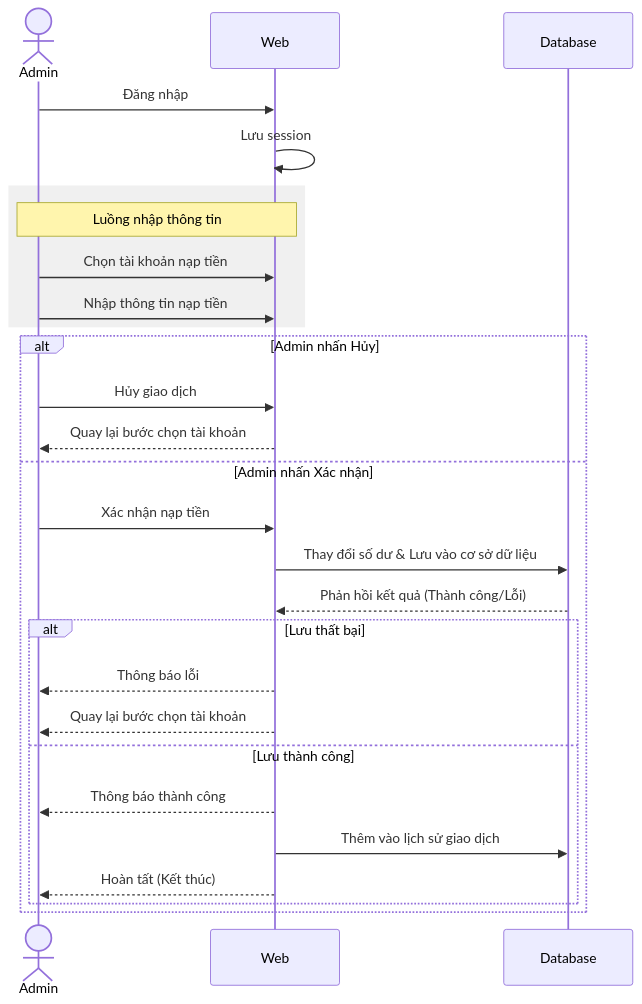
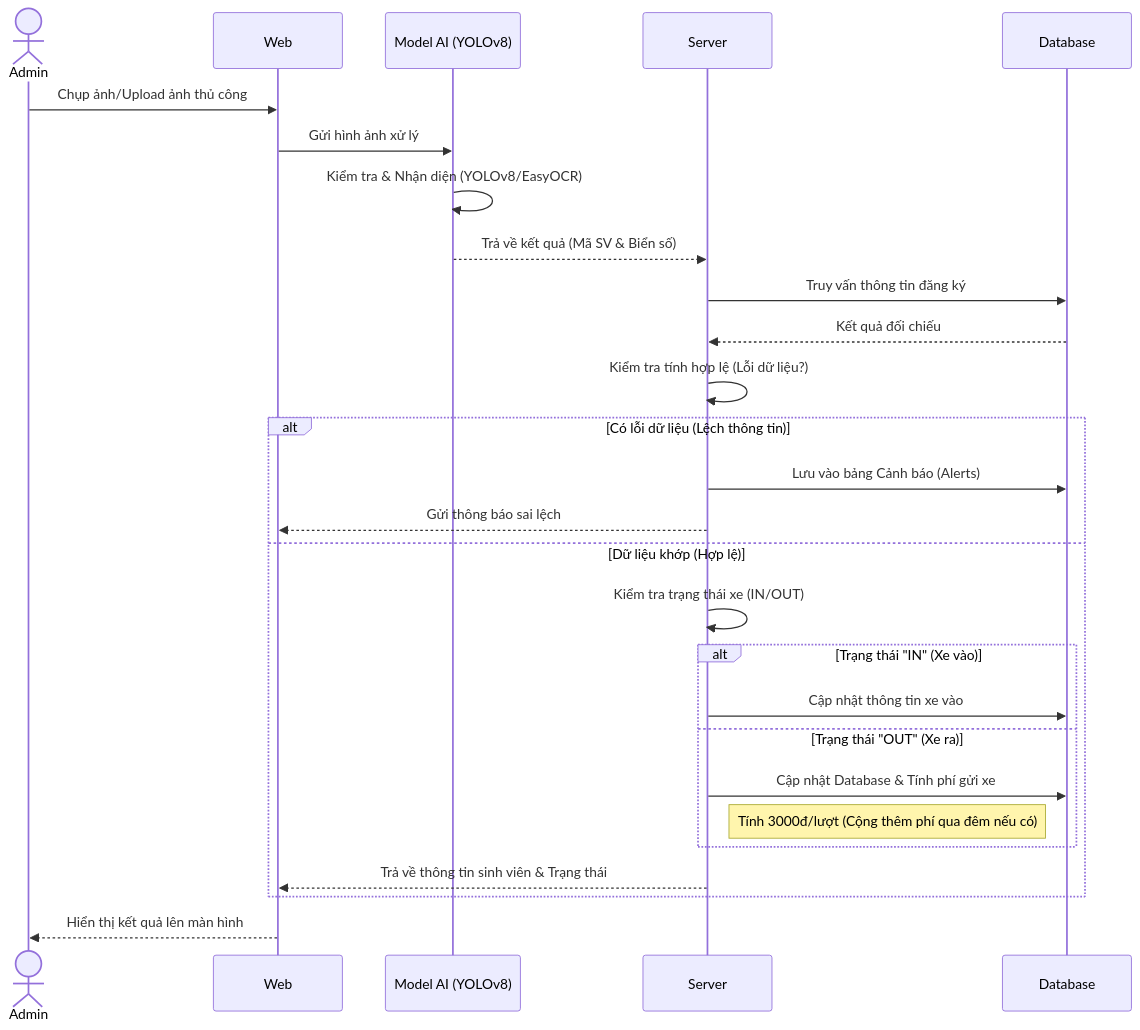
One commit to Duckkeip/TTTNDKT changed the second of 2 diagrams in README.md. Above: the diagram before and after it, drawn with Mermaid.

````diff
--- a/README.md
+++ b/README.md
@@ -78,34 +78,37 @@
 ```mermaid
 sequenceDiagram
     actor Admin
     participant Web
+    participant AI as Model AI (YOLOv8)
+    participant Server
     participant DB as Database
 
-    Admin->>Web: Đăng nhập
-    Web->>Web: Lưu session
+    Admin->>Web: Chụp ảnh/Upload ảnh thủ công
+    Web->>AI: Gửi hình ảnh xử lý
     
-    rect rgb(240, 240, 240)
-    Note over Admin, Web: Luồng nhập thông tin
-    Admin->>Web: Chọn tài khoản nạp tiền
-    Admin->>Web: Nhập thông tin nạp tiền
+    AI->>AI: Kiểm tra & Nhận diện (YOLOv8/EasyOCR)
+    AI-->>Server: Trả về kết quả (Mã SV & Biển số)
+
+    Server->>DB: Truy vấn thông tin đăng ký
+    DB-->>Server: Kết quả đối chiếu
+    
+    Server->>Server: Kiểm tra tính hợp lệ (Lỗi dữ liệu?)
+    
+    alt Có lỗi dữ liệu (Lệch thông tin)
+        Server->>DB: Lưu vào bảng Cảnh báo (Alerts)
+        Server-->>Web: Gửi thông báo sai lệch
+    else Dữ liệu khớp (Hợp lệ)
+        Server->>Server: Kiểm tra trạng thái xe (IN/OUT)
+        
+        alt Trạng thái "IN" (Xe vào)
+            Server->>DB: Cập nhật thông tin xe vào
+        else Trạng thái "OUT" (Xe ra)
+            Server->>DB: Cập nhật Database & Tính phí gửi xe
+            Note right of Server: Tính 3000đ/lượt (Cộng thêm phí qua đêm nếu có)
+        end
+        
+        Server-->>Web: Trả về thông tin sinh viên & Trạng thái
     end
 
-    alt Admin nhấn Hủy
-        Admin->>Web: Hủy giao dịch
-        Web-->>Admin: Quay lại bước chọn tài khoản
-    else Admin nhấn Xác nhận
-        Admin->>Web: Xác nhận nạp tiền
-        Web->>DB: Thay đổi số dư & Lưu vào cơ sở dữ liệu
-        
-        DB-->>Web: Phản hồi kết quả (Thành công/Lỗi)
-        
-        alt Lưu thất bại
-            Web-->>Admin: Thông báo lỗi
-            Web-->>Admin: Quay lại bước chọn tài khoản
-        else Lưu thành công
-            Web-->>Admin: Thông báo thành công
-            Web->>DB: Thêm vào lịch sử giao dịch
-            Web-->>Admin: Hoàn tất (Kết thúc)
-        end
-    end
+    Web-->>Admin: Hiển thị kết quả lên màn hình
 ```
````
